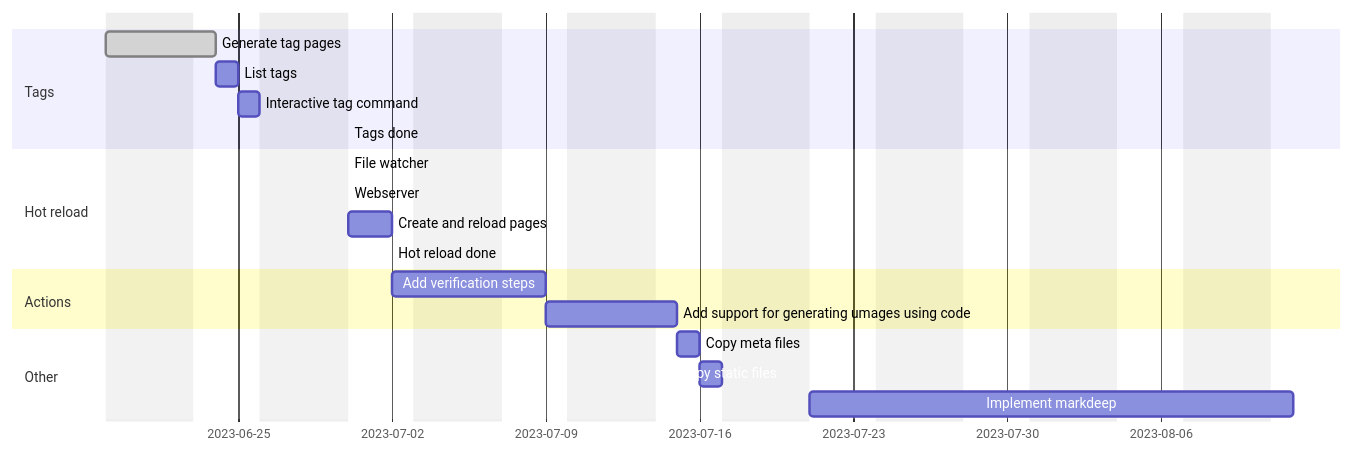
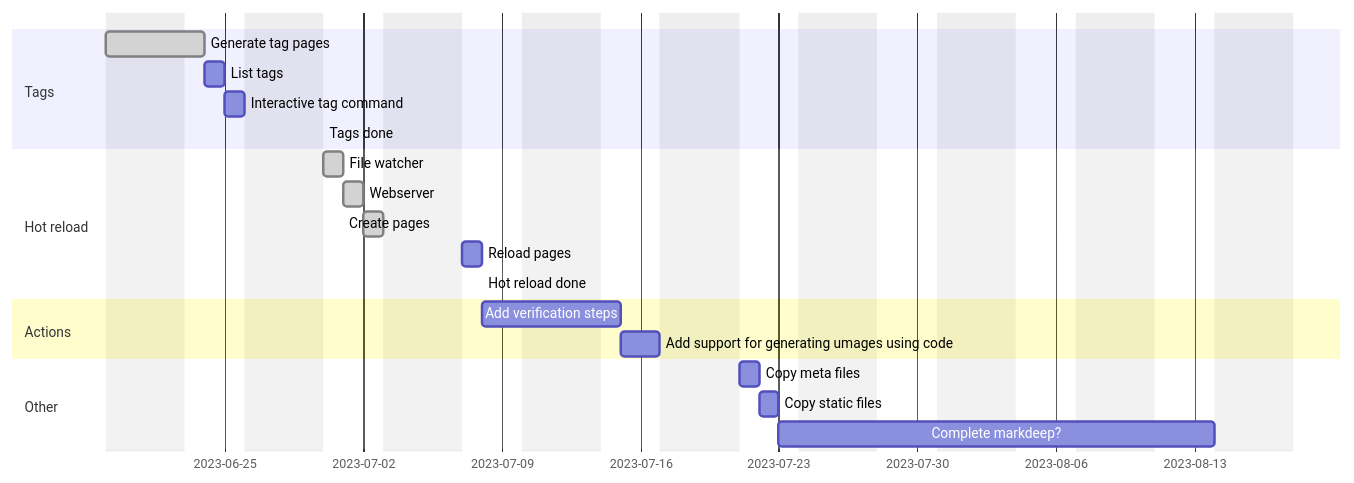
The diagram in readme.md (madeso/blaggen), drawn with Mermaid before and after one commit.

Commit message:
Don't make actions take 0 days when they are compelted before hand

````diff
--- a/readme.md
+++ b/readme.md
@@ -43,28 +43,29 @@
 ```mermaid
 gantt
     dateFormat  YYYY-MM-DD
     section Plan
     excludes monday, tuesday, wednesday, thursday
 
     section Tags
     Generate tag pages: done, tag_pages, 2023-06-19, 2d
     List tags: list_tags, after tag_pages, 1d
     Interactive tag command: tag_command, after list_tags, 1d
     Tags done: tags_done, after tag_command, 0h
 
     section Hot reload
-    File watcher: done, file_watcher, after tags_done, 0d
-    Webserver: done, webserver, after file_watcher, 0d
-    Create and reload pages: reload_pages, after webserver, 2d
+    File watcher: done, file_watcher, after tags_done, 1d
+    Webserver: done, webserver, after file_watcher, 1d
+    Create pages: done, create_pages, after webserver, 1d
+    Reload pages: reload_pages, after create_pages, 1d
     Hot reload done: hotreload_done, after reload_pages, 0d
     
     section Actions
     Add verification steps: action_verify, after hotreload_done, 3d
     Add support for generating umages using code: action_image, after action_verify, 2d
 
     section Other
     Copy meta files: copy_meta, after action_image, 1d
     Copy static files: copy_static, after copy_meta, 1d
 
-    Implement markdeep: after copy_static, 10d
+    Complete markdeep?: after copy_static, 10d
 ```
````
